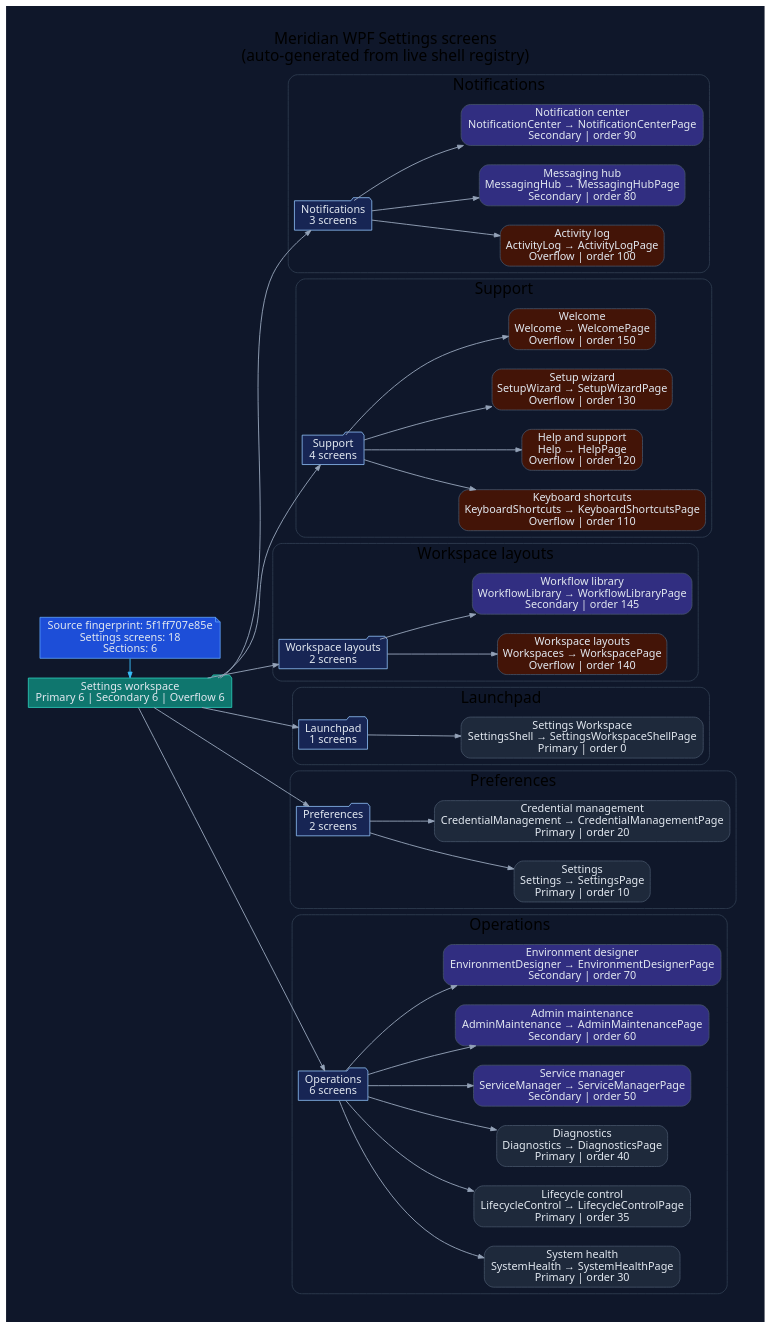
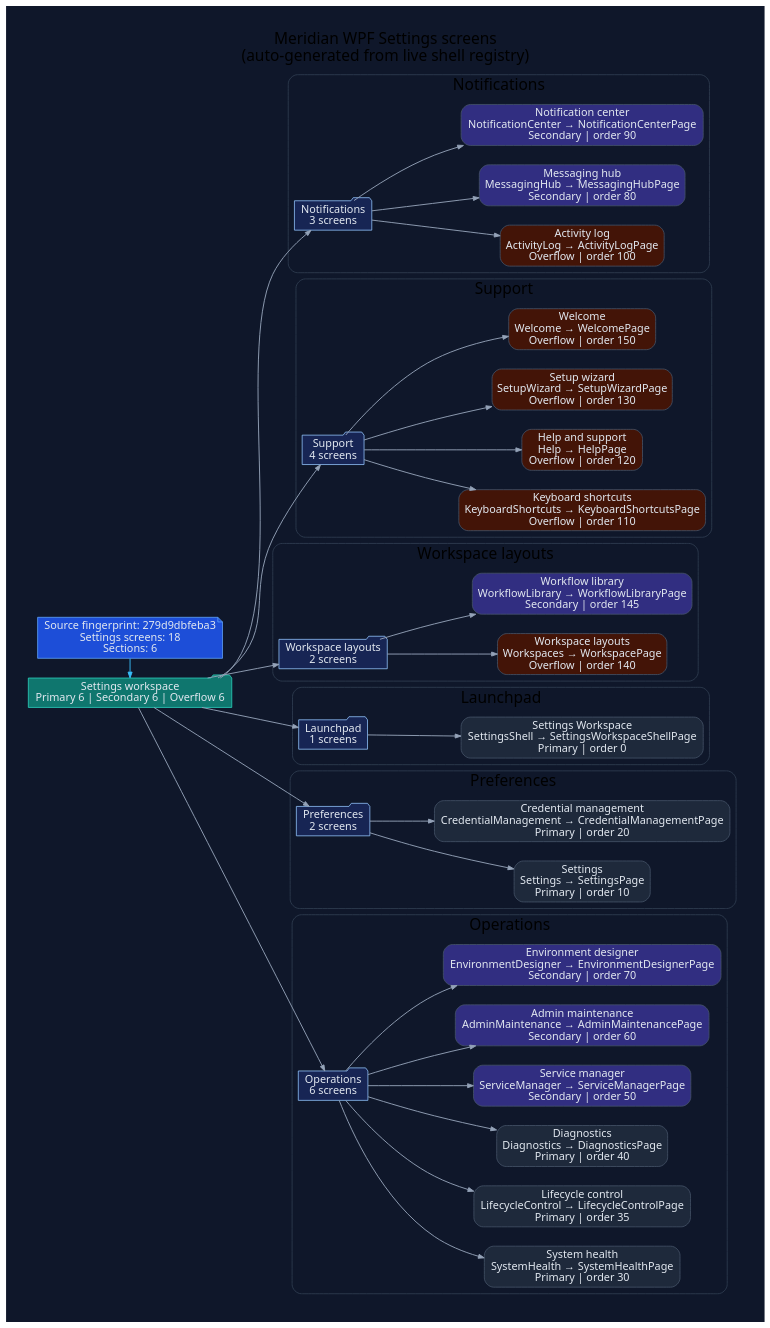
One commit to rodoHasArrived/Meridian-main changed the diagram in docs/diagrams/ui/ui-wpf-screens-settings.dot. Above: the diagram before and after it, drawn with Graphviz. The commit also changed 48 other files, not shown here.

First line of the commit message:
Regenerate diagrams and status docs for the Wave P3 merge

```diff
--- a/docs/diagrams/ui/ui-wpf-screens-settings.dot
+++ b/docs/diagrams/ui/ui-wpf-screens-settings.dot
@@ -1,110 +1,110 @@
 // -----------------------------------------------------------------------------
 // <auto-generated>
 // Generated by scripts/generate-diagrams.mjs.
 // Do not edit this file directly; update the WPF source files instead.
 // -----------------------------------------------------------------------------
 digraph WpfSettingsScreens {
   graph [
     rankdir=LR,
     labelloc=t,
     label="Meridian WPF Settings screens\n(auto-generated from live shell registry)",
     fontname="Segoe UI",
     fontsize=20,
     pad=0.4,
     nodesep=0.35,
     ranksep=0.85,
     bgcolor="#0f172a"
   ];
   node [fontname="Segoe UI", shape=box, style="rounded,filled", color="#475569", fontcolor="#e2e8f0", fillcolor="#1e293b"];
   edge [fontname="Segoe UI", color="#94a3b8", penwidth=1.2, arrowsize=0.75];
 
-  generated [shape=note, fillcolor="#1d4ed8", color="#60a5fa", label="Source fingerprint: 5f1ff707e85e\nSettings screens: 18\nSections: 6"];
+  generated [shape=note, fillcolor="#1d4ed8", color="#60a5fa", label="Source fingerprint: 279d9dbfeba3\nSettings screens: 18\nSections: 6"];
   workspace [shape=folder, fillcolor="#0f766e", color="#2dd4bf", label="Settings workspace\nPrimary 6 | Secondary 6 | Overflow 6"];
   generated -> workspace [color="#38bdf8"];
 
   subgraph cluster_section_1 {
     label="Notifications";
     color="#334155";
     style="rounded";
     section_1 [shape=folder, fillcolor="#172554", color="#93c5fd", label="Notifications\n3 screens"];
     workspace -> section_1;
     screen_ActivityLog [fillcolor="#431407", label="Activity log\nActivityLog → ActivityLogPage\nOverflow | order 100"];
     section_1 -> screen_ActivityLog;
     screen_MessagingHub [fillcolor="#312e81", label="Messaging hub\nMessagingHub → MessagingHubPage\nSecondary | order 80"];
     section_1 -> screen_MessagingHub;
     screen_NotificationCenter [fillcolor="#312e81", label="Notification center\nNotificationCenter → NotificationCenterPage\nSecondary | order 90"];
     section_1 -> screen_NotificationCenter;
   }
 
   subgraph cluster_section_2 {
     label="Support";
     color="#334155";
     style="rounded";
     section_2 [shape=folder, fillcolor="#172554", color="#93c5fd", label="Support\n4 screens"];
     workspace -> section_2;
     screen_KeyboardShortcuts [fillcolor="#431407", label="Keyboard shortcuts\nKeyboardShortcuts → KeyboardShortcutsPage\nOverflow | order 110"];
     section_2 -> screen_KeyboardShortcuts;
     screen_Help [fillcolor="#431407", label="Help and support\nHelp → HelpPage\nOverflow | order 120"];
     section_2 -> screen_Help;
     screen_SetupWizard [fillcolor="#431407", label="Setup wizard\nSetupWizard → SetupWizardPage\nOverflow | order 130"];
     section_2 -> screen_SetupWizard;
     screen_Welcome [fillcolor="#431407", label="Welcome\nWelcome → WelcomePage\nOverflow | order 150"];
     section_2 -> screen_Welcome;
   }
 
   subgraph cluster_section_3 {
     label="Workspace layouts";
     color="#334155";
     style="rounded";
     section_3 [shape=folder, fillcolor="#172554", color="#93c5fd", label="Workspace layouts\n2 screens"];
     workspace -> section_3;
     screen_Workspaces [fillcolor="#431407", label="Workspace layouts\nWorkspaces → WorkspacePage\nOverflow | order 140"];
     section_3 -> screen_Workspaces;
     screen_WorkflowLibrary [fillcolor="#312e81", label="Workflow library\nWorkflowLibrary → WorkflowLibraryPage\nSecondary | order 145"];
     section_3 -> screen_WorkflowLibrary;
   }
 
   subgraph cluster_section_4 {
     label="Launchpad";
     color="#334155";
     style="rounded";
     section_4 [shape=folder, fillcolor="#172554", color="#93c5fd", label="Launchpad\n1 screens"];
     workspace -> section_4;
     screen_SettingsShell [fillcolor="#1e293b", label="Settings Workspace\nSettingsShell → SettingsWorkspaceShellPage\nPrimary | order 0"];
     section_4 -> screen_SettingsShell;
   }
 
   subgraph cluster_section_5 {
     label="Preferences";
     color="#334155";
     style="rounded";
     section_5 [shape=folder, fillcolor="#172554", color="#93c5fd", label="Preferences\n2 screens"];
     workspace -> section_5;
     screen_Settings [fillcolor="#1e293b", label="Settings\nSettings → SettingsPage\nPrimary | order 10"];
     section_5 -> screen_Settings;
     screen_CredentialManagement [fillcolor="#1e293b", label="Credential management\nCredentialManagement → CredentialManagementPage\nPrimary | order 20"];
     section_5 -> screen_CredentialManagement;
   }
 
   subgraph cluster_section_6 {
     label="Operations";
     color="#334155";
     style="rounded";
     section_6 [shape=folder, fillcolor="#172554", color="#93c5fd", label="Operations\n6 screens"];
     workspace -> section_6;
     screen_SystemHealth [fillcolor="#1e293b", label="System health\nSystemHealth → SystemHealthPage\nPrimary | order 30"];
     section_6 -> screen_SystemHealth;
     screen_LifecycleControl [fillcolor="#1e293b", label="Lifecycle control\nLifecycleControl → LifecycleControlPage\nPrimary | order 35"];
     section_6 -> screen_LifecycleControl;
     screen_Diagnostics [fillcolor="#1e293b", label="Diagnostics\nDiagnostics → DiagnosticsPage\nPrimary | order 40"];
     section_6 -> screen_Diagnostics;
     screen_ServiceManager [fillcolor="#312e81", label="Service manager\nServiceManager → ServiceManagerPage\nSecondary | order 50"];
     section_6 -> screen_ServiceManager;
     screen_AdminMaintenance [fillcolor="#312e81", label="Admin maintenance\nAdminMaintenance → AdminMaintenancePage\nSecondary | order 60"];
     section_6 -> screen_AdminMaintenance;
     screen_EnvironmentDesigner [fillcolor="#312e81", label="Environment designer\nEnvironmentDesigner → EnvironmentDesignerPage\nSecondary | order 70"];
     section_6 -> screen_EnvironmentDesigner;
   }
 
   { rank=min; generated; workspace; }
 }
```
